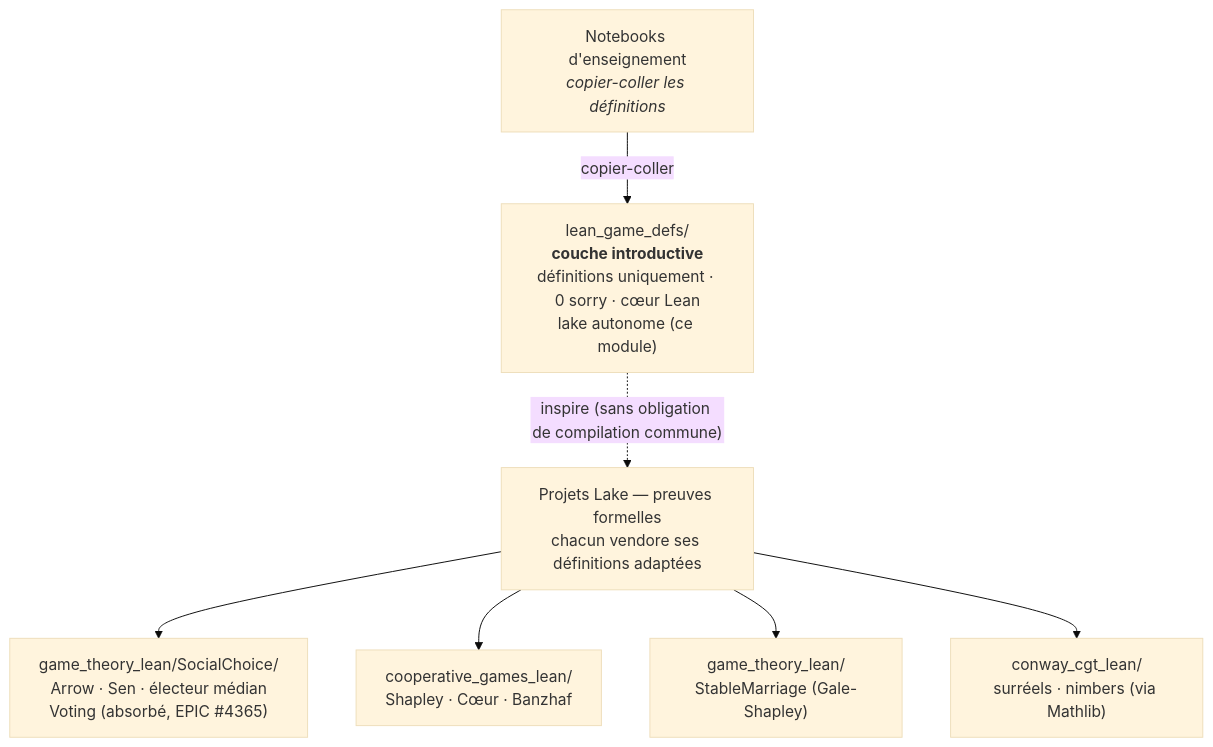
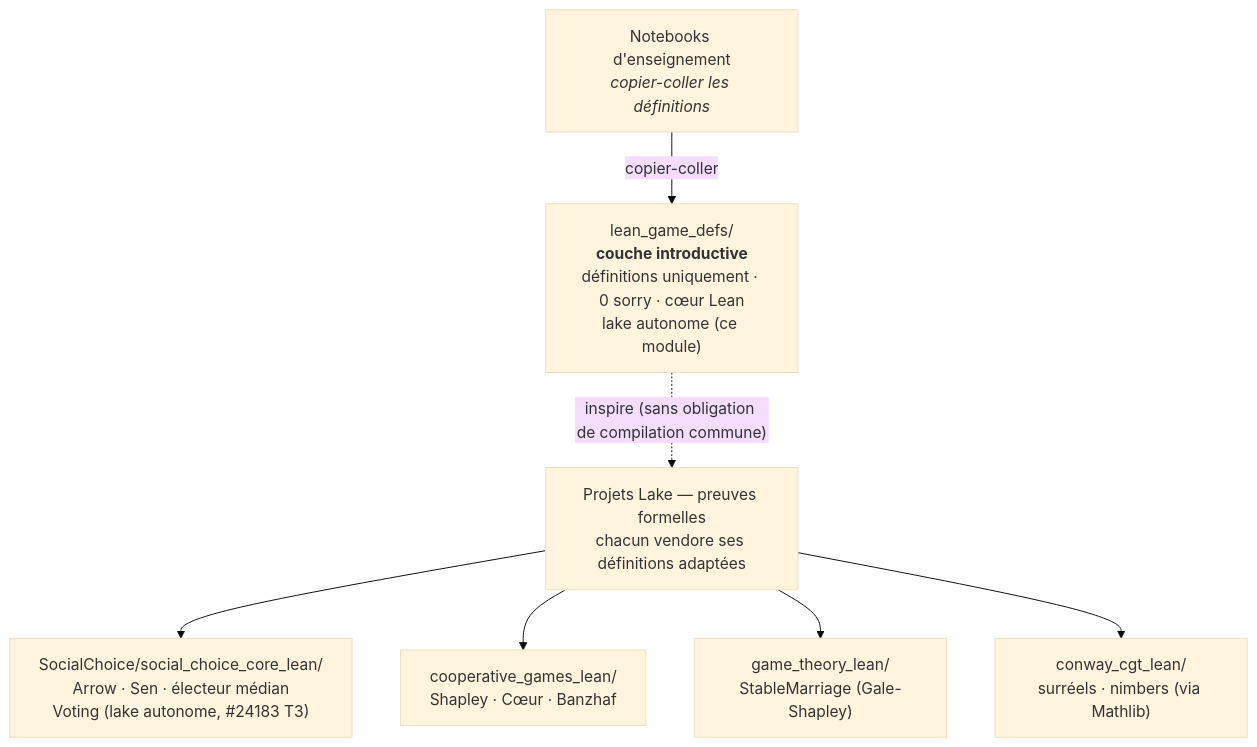
One commit to jsboige/CoursIA changed the first of 2 diagrams in MyIA.AI.Notebooks/GameTheory/lean_game_defs/README.md. Above: the diagram before and after it, drawn with Mermaid (base theme). The commit also changed other lines of this file and 18 other files, not shown here.

First line of the commit message:
Feat(gametheory,#24183): T3 descente SocialChoice -- lake autonome sous les carnets SC (2/2)

````diff
--- a/MyIA.AI.Notebooks/GameTheory/lean_game_defs/README.md
+++ b/MyIA.AI.Notebooks/GameTheory/lean_game_defs/README.md
@@ -61,17 +61,17 @@
 ```mermaid
 flowchart TD
     NOTEBOOKS["Notebooks d'enseignement<br/><i>copier-coller les définitions</i>"]
     INTRO["lean_game_defs/<br/><b>couche introductive</b><br/>définitions uniquement · 0 sorry · cœur Lean<br/>lake autonome (ce module)"]
     PROJ["Projets Lake — preuves formelles<br/>chacun vendore ses définitions adaptées"]
-    SC["game_theory_lean/SocialChoice/<br/>Arrow · Sen · électeur médian<br/>Voting (absorbé, EPIC #4365)"]
+    SC["SocialChoice/social_choice_core_lean/<br/>Arrow · Sen · électeur médian<br/>Voting (lake autonome, #24183 T3)"]
     COOP["cooperative_games_lean/<br/>Shapley · Cœur · Banzhaf"]
     SM["game_theory_lean/<br/>StableMarriage (Gale-Shapley)"]
     CGT["conway_cgt_lean/<br/>surréels · nimbers (via Mathlib)"]
 
     NOTEBOOKS -->|"copier-coller"| INTRO
     INTRO -.->|"inspire (sans obligation de compilation commune)"| PROJ
     PROJ --> SC
     PROJ --> COOP
     PROJ --> SM
     PROJ --> CGT
 ```
````
